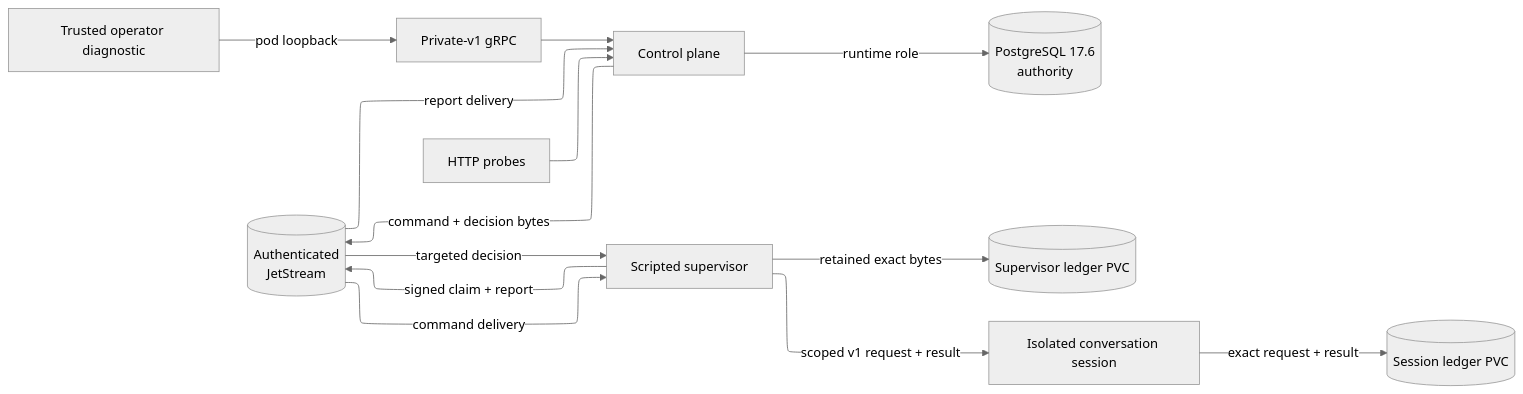
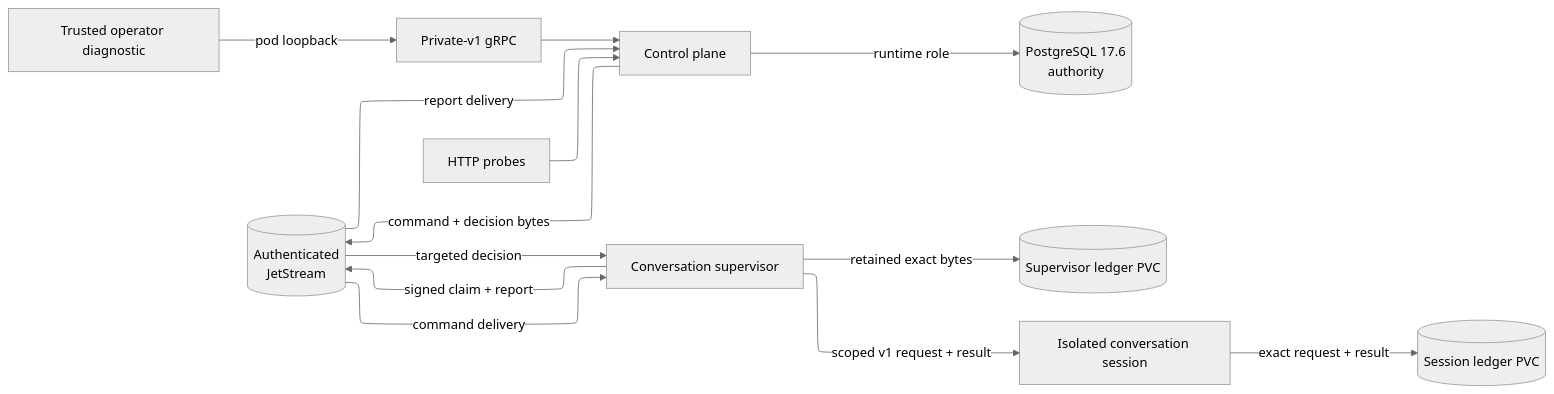
One commit to ayni-oss/orchestrator changed the diagram in docs/technical/architecture/architecture.md. Above: the diagram before and after it, drawn with Mermaid. The commit also changed other lines of this file and 97 other files, not shown here.

````diff
--- a/docs/technical/architecture/architecture.md
+++ b/docs/technical/architecture/architecture.md
@@ -22,21 +22,21 @@
 ```mermaid
 ---
 config:
   theme: neutral
   look: classic
   layout: elk
 ---
 flowchart LR
     D[Trusted operator diagnostic] -->|pod loopback| G[Private-v1 gRPC]
     G --> C[Control plane]
     H[HTTP probes] --> C
     C -->|runtime role| P[(PostgreSQL 17.6\nauthority)]
     C -->|command + decision bytes| J[(Authenticated\nJetStream)]
-    J -->|command delivery| E[Scripted supervisor]
+    J -->|command delivery| E[Conversation supervisor]
     E -->|signed claim + report| J
     E -->|retained exact bytes| L[(Supervisor ledger PVC)]
     E -->|scoped v1 request + result| S[Isolated conversation session]
     S -->|exact request + result| SL[(Session ledger PVC)]
     J -->|report delivery| C
     J -->|targeted decision| E
 ```
````
